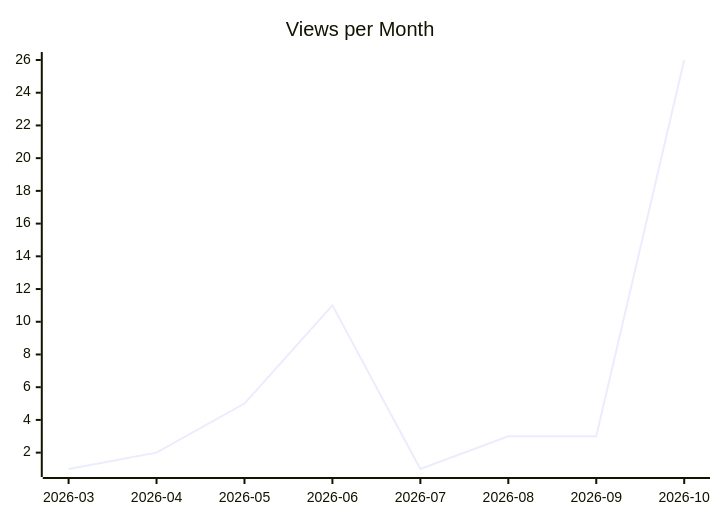
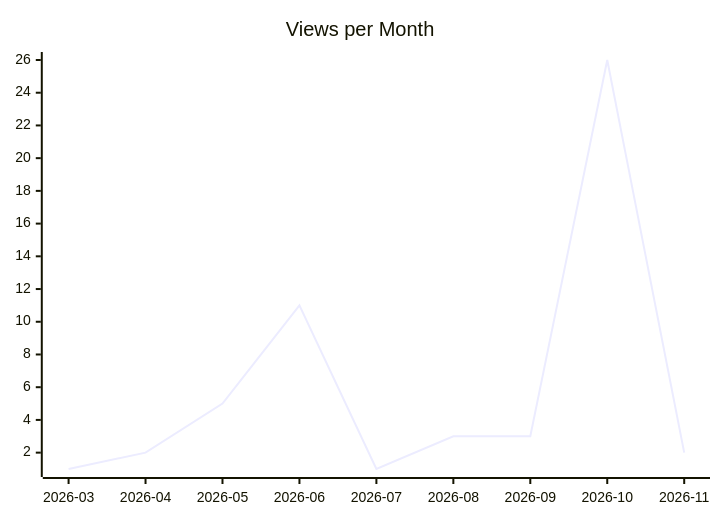
One commit to justdavis-family/github-analytics-data changed the second of 3 diagrams in karlmdavis/justdavis-ansible/README.md. Above: the diagram before and after it, drawn with Mermaid. The commit also changed other lines of this file and 201 other files, not shown here.

````diff
--- a/karlmdavis/justdavis-ansible/README.md
+++ b/karlmdavis/justdavis-ansible/README.md
@@ -12,6 +12,6 @@
 ```mermaid
 xychart-beta
   title "Views per Month"
-  x-axis ["2026-03", "2026-04", "2026-05", "2026-06", "2026-07", "2026-08", "2026-09", "2026-10"]
-  line [1, 2, 5, 11, 1, 3, 3, 26]
+  x-axis ["2026-03", "2026-04", "2026-05", "2026-06", "2026-07", "2026-08", "2026-09", "2026-10", "2026-11"]
+  line [1, 2, 5, 11, 1, 3, 3, 26, 2]
 ```
````
